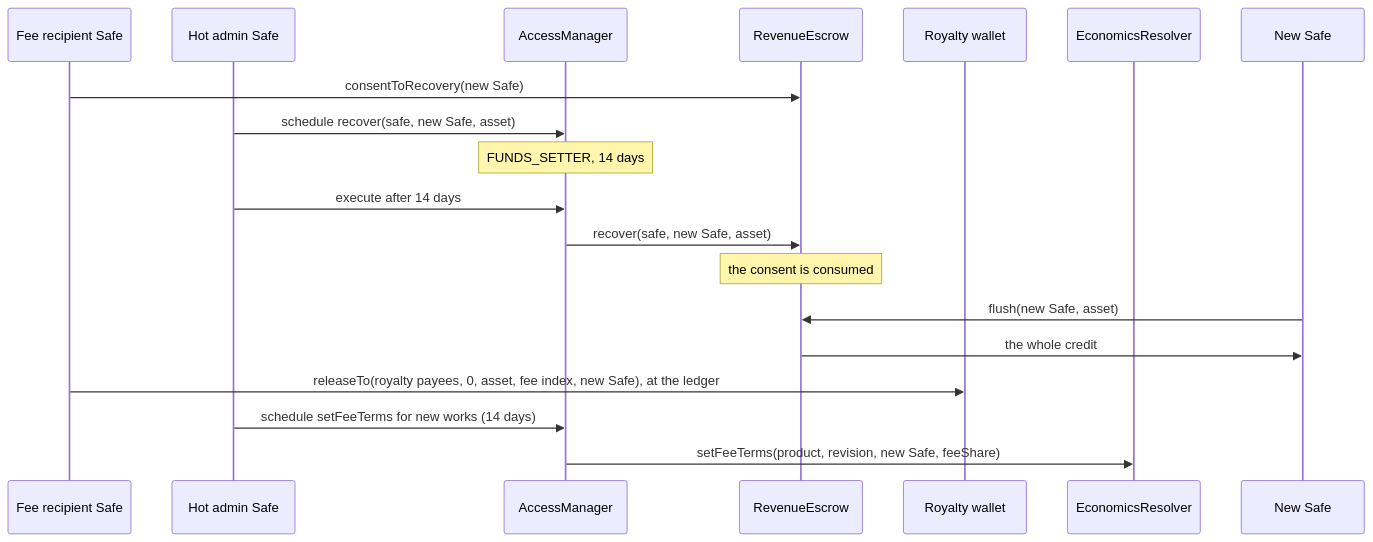
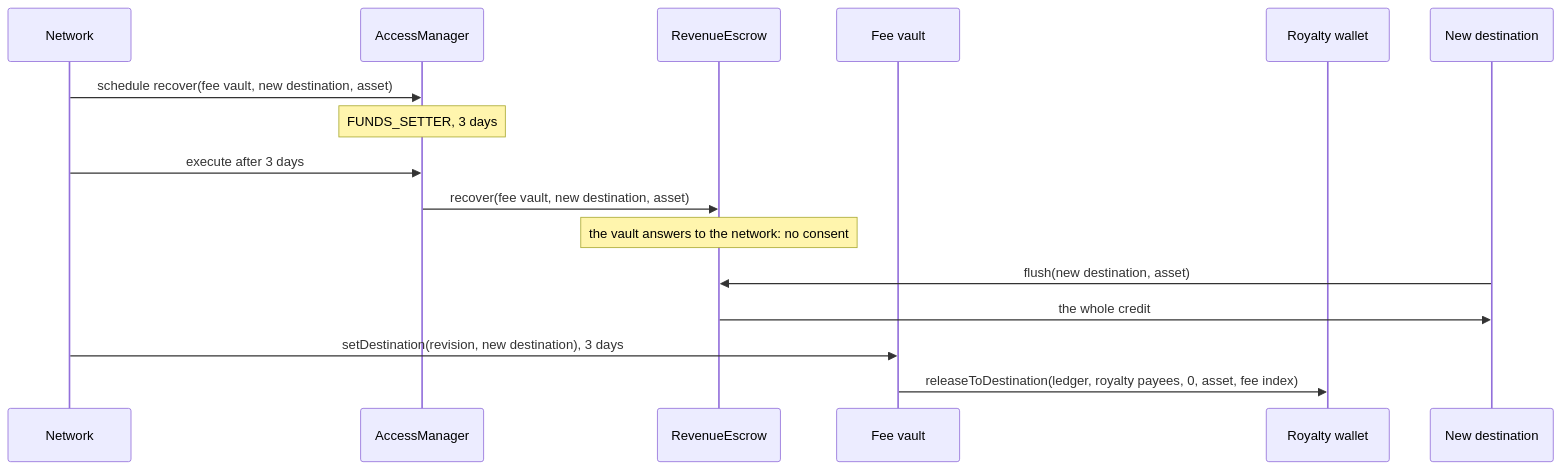
One commit to 6529-Collections/6529-works changed the eighth of 8 diagrams in docs/spec/economics-and-payouts.md. Above: the diagram before and after it, drawn with Mermaid. The commit also changed other lines of this file and 352 other files, not shown here.

````diff
--- a/docs/spec/economics-and-payouts.md
+++ b/docs/spec/economics-and-payouts.md
@@ -567,21 +603,18 @@
 ```mermaid
 sequenceDiagram
-    participant Safe as Fee recipient Safe
-    participant Admin as Hot admin Safe
+    participant Admin as Network
     participant Manager as AccessManager
     participant Escrow as RevenueEscrow
+    participant Vault as Fee vault
     participant Royalty as Royalty wallet
-    participant Resolver as EconomicsResolver
-    participant NewSafe as New Safe
-    Safe->>Escrow: consentToRecovery(new Safe)
-    Admin->>Manager: schedule recover(safe, new Safe, asset)
-    Note over Manager: FUNDS_SETTER, 14 days
-    Admin->>Manager: execute after 14 days
-    Manager->>Escrow: recover(safe, new Safe, asset)
-    Note over Escrow: the consent is consumed
-    NewSafe->>Escrow: flush(new Safe, asset)
+    participant NewSafe as New destination
+    Admin->>Manager: schedule recover(fee vault, new destination, asset)
+    Note over Manager: FUNDS_SETTER, 3 days
+    Admin->>Manager: execute after 3 days
+    Manager->>Escrow: recover(fee vault, new destination, asset)
+    Note over Escrow: the vault answers to the network: no consent
+    NewSafe->>Escrow: flush(new destination, asset)
     Escrow->>NewSafe: the whole credit
-    Safe->>Royalty: releaseTo(royalty payees, 0, asset, fee index, new Safe), at the ledger
-    Admin->>Manager: schedule setFeeTerms for new works (14 days)
-    Manager->>Resolver: setFeeTerms(product, revision, new Safe, feeShare)
+    Admin->>Vault: setDestination(revision, new destination), 3 days
+    Vault->>Royalty: releaseToDestination(ledger, royalty payees, 0, asset, fee index)
 ```
````
